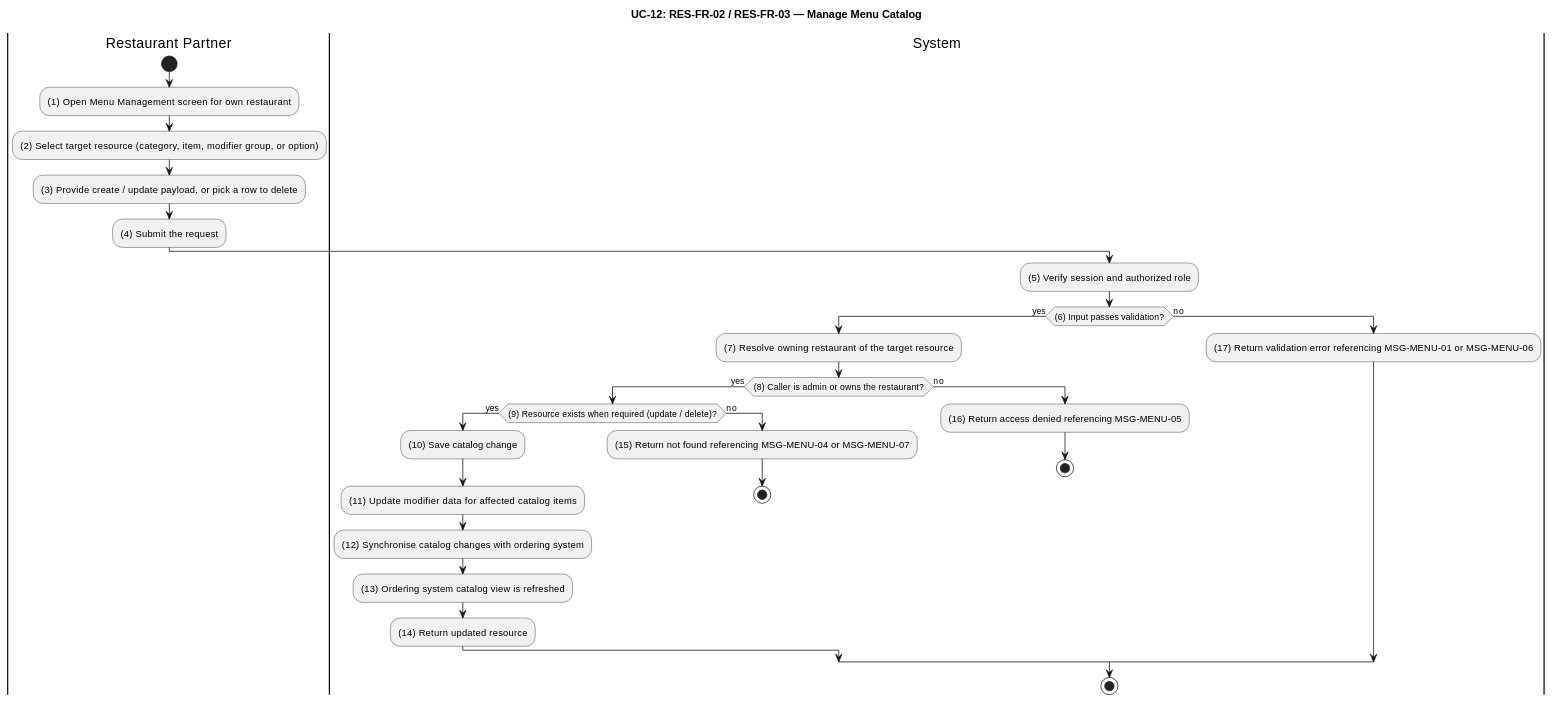
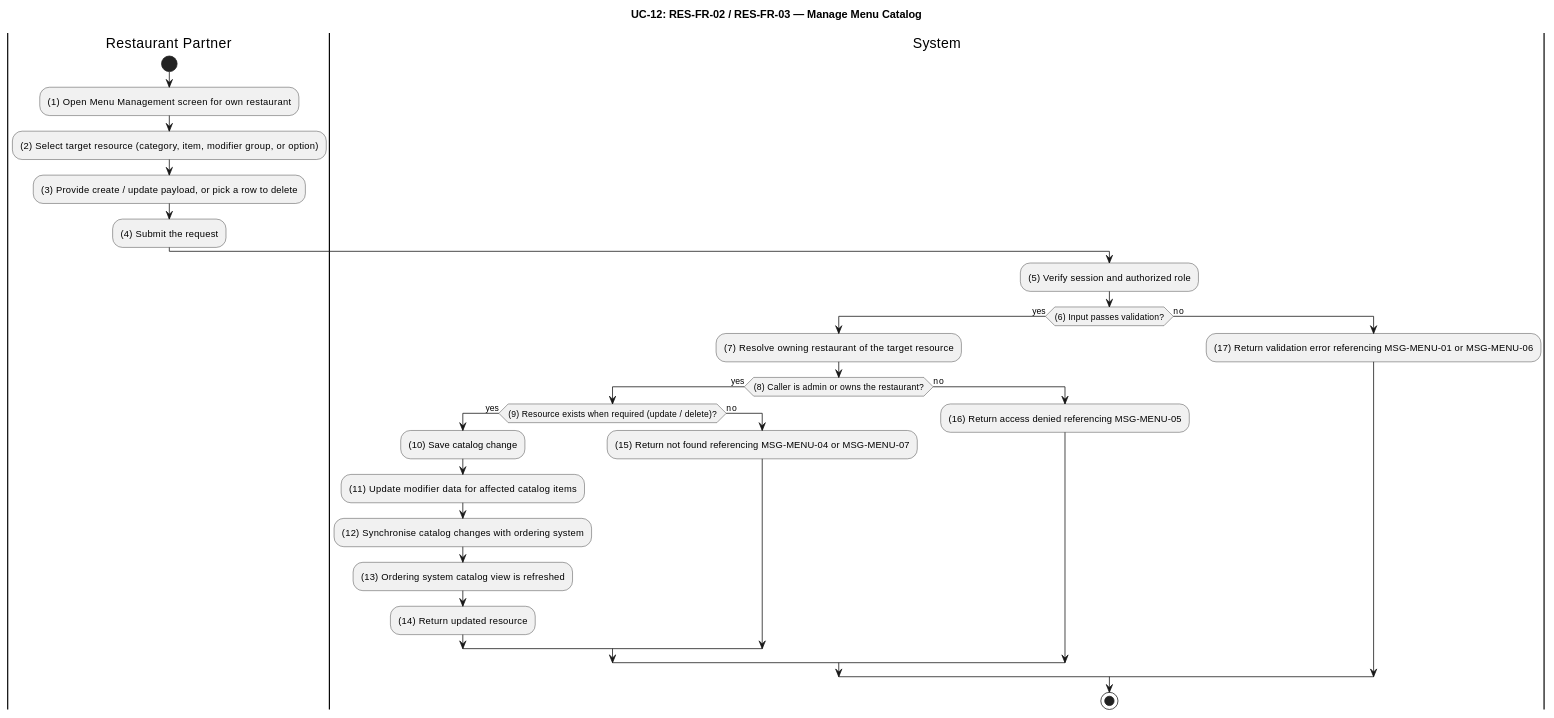
Diagram 12 of 35 in apps/api/docs/Final_Documents/SRS_FoodDelivery.md (luubinhdeptrai/Food_Delivery), drawn with PlantUML before and after one commit. The commit also changed other lines of this file, not shown here.

````diff
--- a/apps/api/docs/Final_Documents/SRS_FoodDelivery.md
+++ b/apps/api/docs/Final_Documents/SRS_FoodDelivery.md
@@ -967,37 +966,35 @@
 ```plantuml
 @startuml UC12-ManageMenuCatalog
 title UC-12: RES-FR-02 / RES-FR-03 — Manage Menu Catalog
 skinparam ConditionEndStyle hline
 
 |Restaurant Partner|
 start
 :(1) Open Menu Management screen for own restaurant;
 :(2) Select target resource (category, item, modifier group, or option);
 :(3) Provide create / update payload, or pick a row to delete;
 :(4) Submit the request;
 
 |System|
 :(5) Verify session and authorized role;
 if ((6) Input passes validation?) then (yes)
   :(7) Resolve owning restaurant of the target resource;
   if ((8) Caller is admin or owns the restaurant?) then (yes)
     if ((9) Resource exists when required (update / delete)?) then (yes)
       :(10) Save catalog change;
       :(11) Update modifier data for affected catalog items;
       :(12) Synchronise catalog changes with ordering system;
       :(13) Ordering system catalog view is refreshed;
       :(14) Return updated resource;
     else (no)
       :(15) Return not found referencing MSG-MENU-04 or MSG-MENU-07;
-      stop
-    endif
+endif
   else (no)
     :(16) Return access denied referencing MSG-MENU-05;
-    stop
-  endif
+endif
 else (no)
   :(17) Return validation error referencing MSG-MENU-01 or MSG-MENU-06;
 endif
 stop
 @enduml
 ```
````
